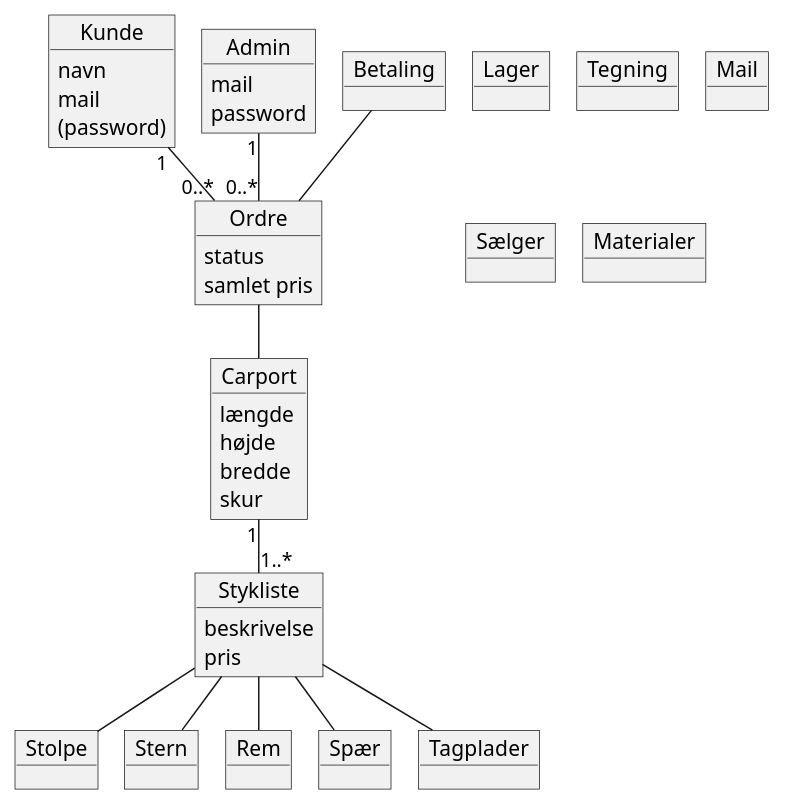
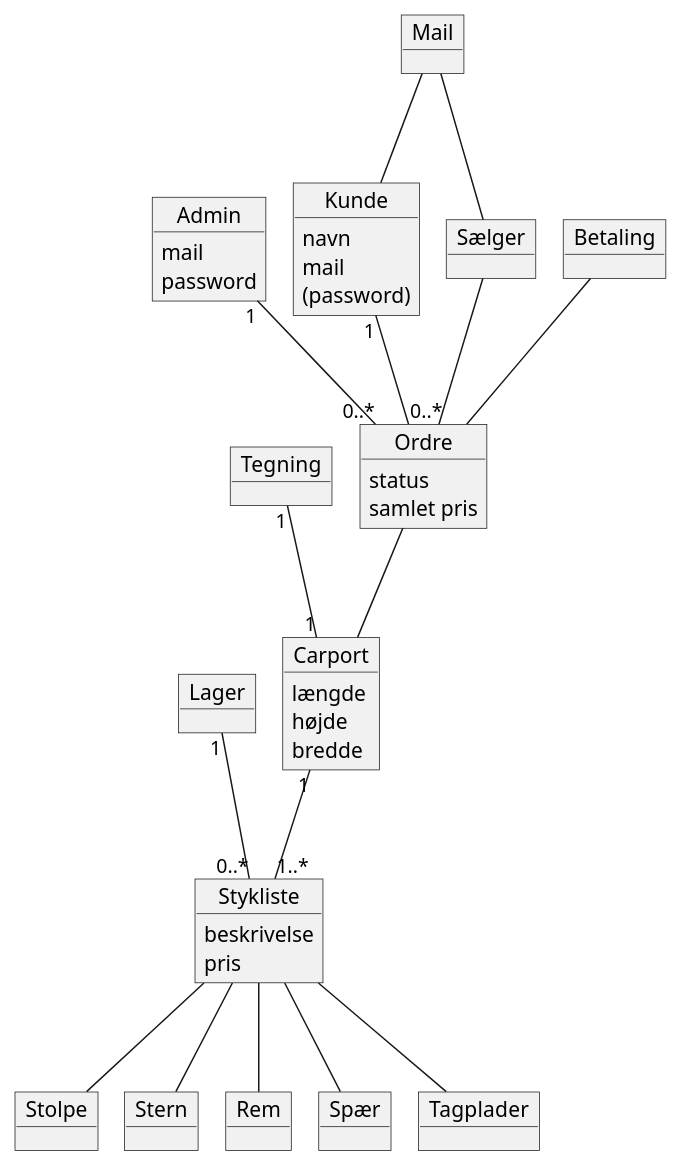
The diagram in docs/domainmodel.puml (KristinaBengtsson/Carport-teamb), drawn with PlantUML before and after one commit.

Commit message:
domænemodel update

```diff
--- a/docs/domainmodel.puml
+++ b/docs/domainmodel.puml
@@ -1,53 +1,54 @@
 @startuml
 !pragma layout smetana
 
 object Kunde
 Kunde : navn
 Kunde : mail
 Kunde : (password)
 
 object Admin
 Admin : mail
 Admin : password
 
-
 object Carport
 Carport : længde
 Carport : højde
 Carport : bredde
-Carport : skur
 
 object Lager
 object Tegning
 object Ordre
 Ordre : status
 Ordre : samlet pris
 
 object Stykliste
 Stykliste : beskrivelse
 Stykliste : pris
 
 object Mail
 object Sælger
-object Materialer
 object Betaling
 
 object Stolpe
 object Stern
 object Rem
 object Spær
 object Tagplader
 
-Kunde "1" -- "0..*" Ordre
-Admin "1" -- "0..*" Ordre
-Ordre -- Carport
-Carport "1" -- "1..*" Stykliste
-Stykliste -- Stolpe
-Stykliste -- Stern
-Stykliste -- Rem
-Stykliste -- Spær
-Stykliste -- Tagplader
-Betaling -- Ordre
-
+Kunde "1" --- "0..*" Ordre
+Admin "1" --- "0..*" Ordre
+Ordre --- Carport
+Carport "1" --- "1..*" Stykliste
+Stykliste --- Stolpe
+Stykliste --- Stern
+Stykliste --- Rem
+Stykliste --- Spær
+Stykliste --- Tagplader
+Betaling --- Ordre
+Sælger ---  Ordre
+Lager "1" --- "0..*" Stykliste
+Tegning "1" --- "1" Carport
+Mail --- Sælger
+Mail --- Kunde
 
 @enduml
```
